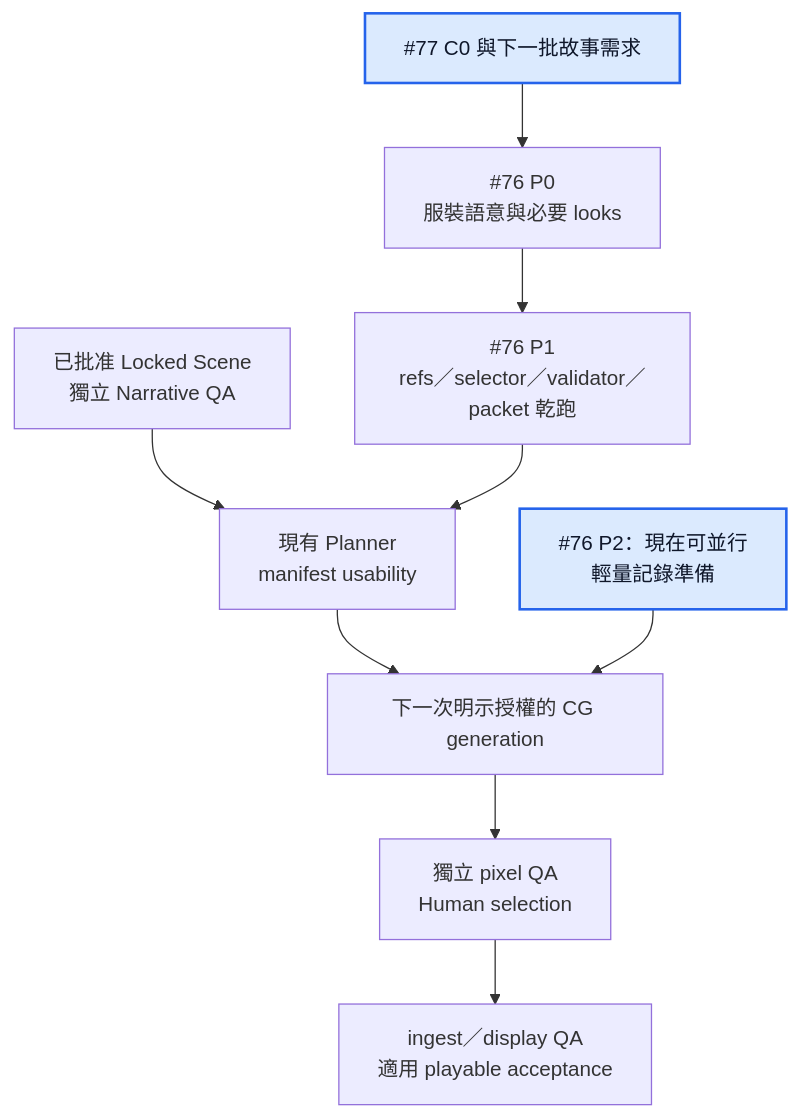
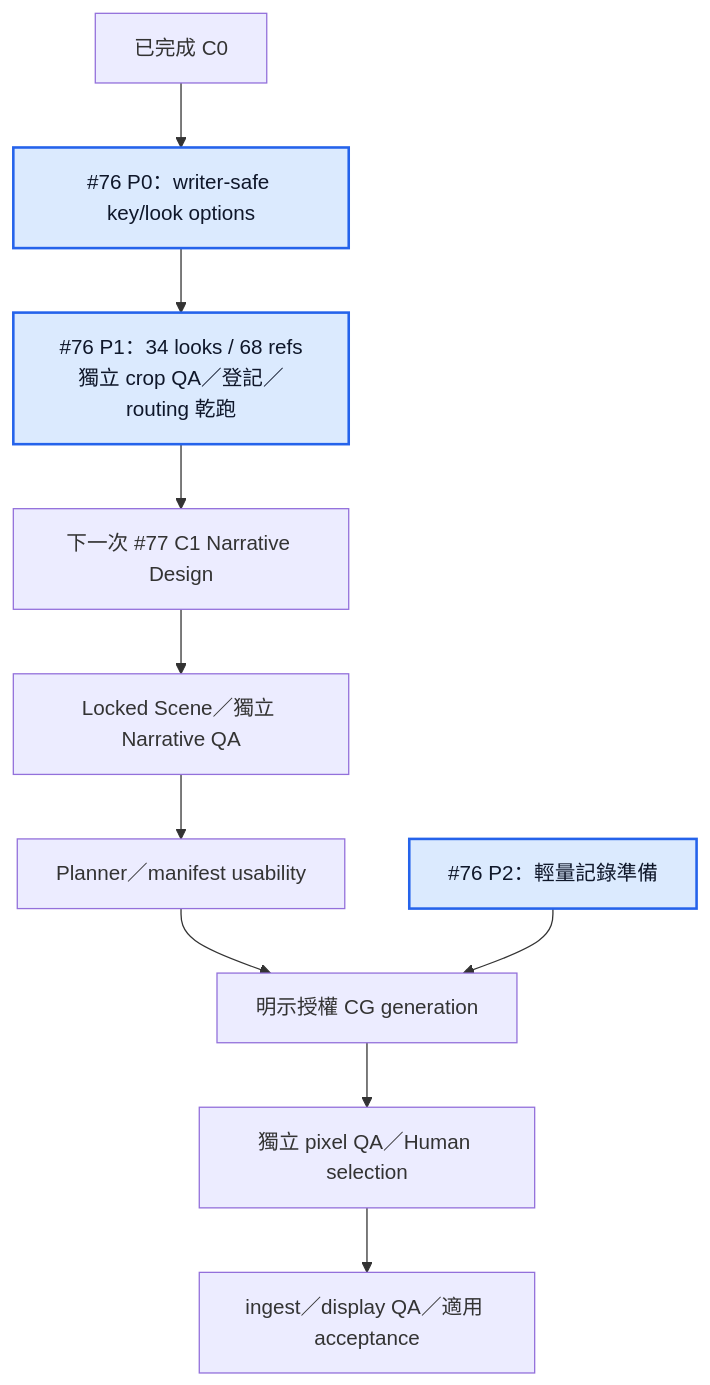
Before and after one commit to TsungmingLiu/seventeen-floor-neighbor: the fourth of 4 diagrams in ROADMAP.md, drawn with Mermaid. The commit also changed other lines of this file and 13 other files, not shown here.

````diff
--- a/ROADMAP.md
+++ b/ROADMAP.md
@@ -544,13 +545,14 @@
 ```mermaid
 flowchart TD
-    SCOPE["#77 C0 與下一批故事需求"] --> OPTIONS["#76 P0<br/>服裝語意與必要 looks"]
-    OPTIONS --> REFS["#76 P1<br/>refs／selector／validator／packet 乾跑"]
-    LOCKED["已批准 Locked Scene<br/>獨立 Narrative QA"] --> PLAN["現有 Planner<br/>manifest usability"]
-    REFS --> PLAN
-    PLAN --> RENDER["下一次明示授權的 CG generation"]
-    TELEMETRY["#76 P2：現在可並行<br/>輕量記錄準備"] --> RENDER
-    RENDER --> VQA["獨立 pixel QA<br/>Human selection"]
-    VQA --> ADOPT["ingest／display QA<br/>適用 playable acceptance"]
+    C0["已完成 C0"] --> OPTIONS["#76 P0：writer-safe key/look options"]
+    OPTIONS --> REFS["#76 P1：34 looks / 68 refs<br/>獨立 crop QA／登記／routing 乾跑"]
+    REFS --> C1["下一次 #77 C1 Narrative Design"]
+    C1 --> LOCKED["Locked Scene／獨立 Narrative QA"]
+    LOCKED --> PLAN["Planner／manifest usability"]
+    PLAN --> RENDER["明示授權 CG generation"]
+    TELEMETRY["#76 P2：輕量記錄準備"] --> RENDER
+    RENDER --> VQA["獨立 pixel QA／Human selection"]
+    VQA --> ADOPT["ingest／display QA／適用 acceptance"]
     classDef now fill:#dbeafe,stroke:#2563eb,stroke-width:2px,color:#0f172a;
-    class SCOPE,TELEMETRY now;
+    class OPTIONS,REFS,TELEMETRY now;
 ```
````
